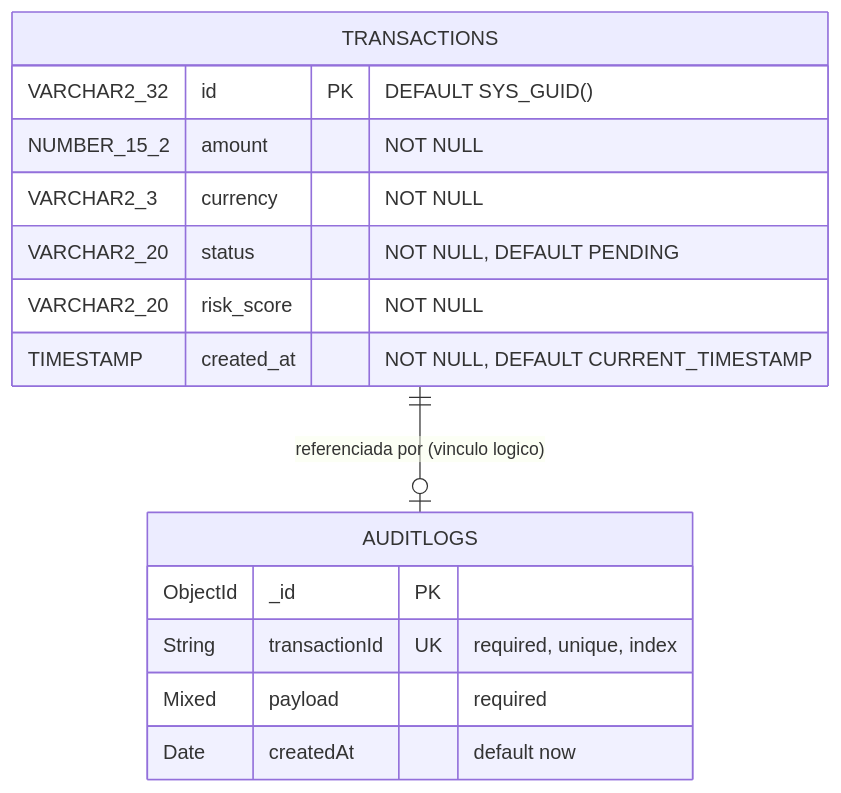
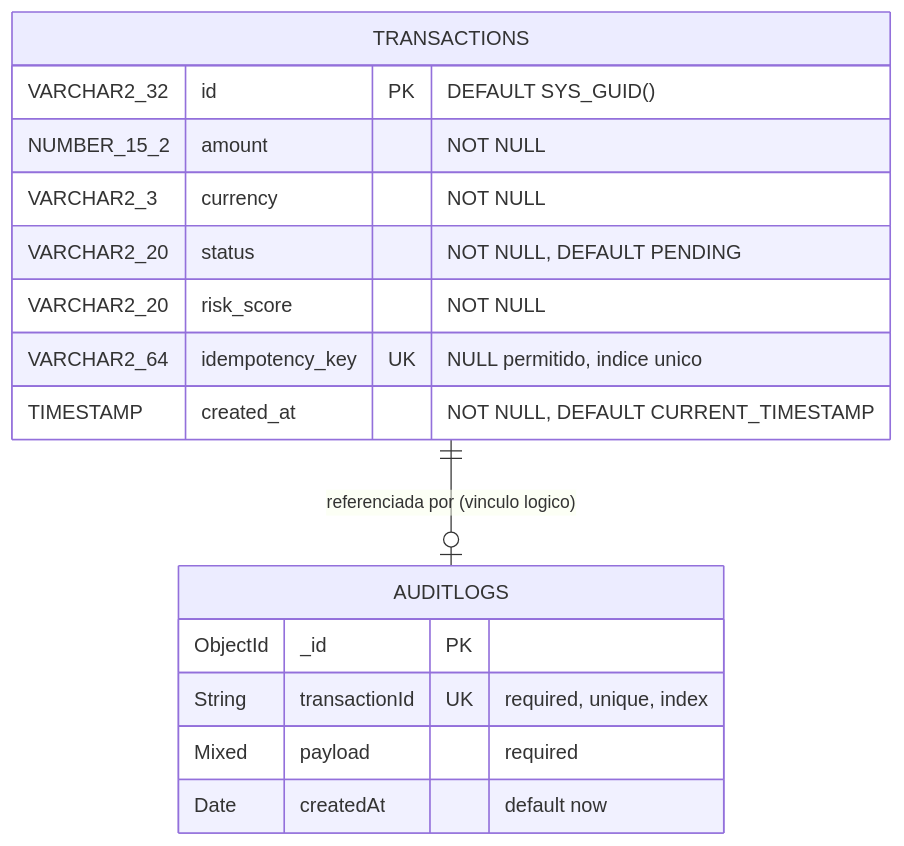
Before and after one commit to jvcamargoalmeida/poc-decision-backend: the seventh of 7 diagrams in ARCHITECTURE.md, drawn with Mermaid. The commit also changed other lines of this file and 4 other files, not shown here.

````diff
--- a/ARCHITECTURE.md
+++ b/ARCHITECTURE.md
@@ -237,20 +385,21 @@
 ```mermaid
 erDiagram
     TRANSACTIONS ||--o| AUDITLOGS : "referenciada por (vinculo logico)"
 
     TRANSACTIONS {
         VARCHAR2_32 id PK "DEFAULT SYS_GUID()"
         NUMBER_15_2 amount "NOT NULL"
         VARCHAR2_3 currency "NOT NULL"
         VARCHAR2_20 status "NOT NULL, DEFAULT PENDING"
         VARCHAR2_20 risk_score "NOT NULL"
+        VARCHAR2_64 idempotency_key UK "NULL permitido, indice unico"
         TIMESTAMP created_at "NOT NULL, DEFAULT CURRENT_TIMESTAMP"
     }
 
     AUDITLOGS {
         ObjectId _id PK
         String transactionId UK "required, unique, index"
         Mixed payload "required"
         Date createdAt "default now"
     }
 ```
````
